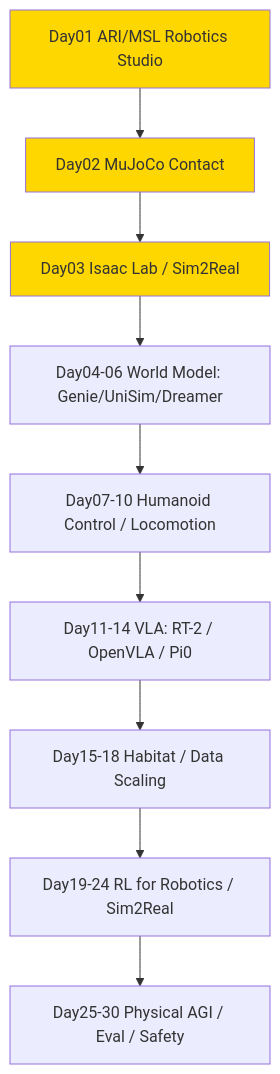
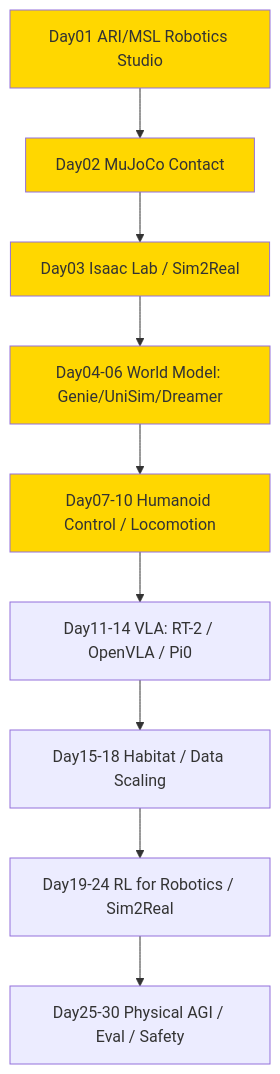
One commit to Papa-Panda/post-training changed the diagram in physical-ai/README.md. Above: the diagram before and after it, drawn with Mermaid. The commit also changed other lines of this file and 2 other files, not shown here.

````diff
--- a/physical-ai/README.md
+++ b/physical-ai/README.md
@@ -25,14 +25,16 @@
 ```mermaid
 graph TD
   A[Day01 ARI/MSL Robotics Studio] --> B[Day02 MuJoCo Contact]
   B --> C[Day03 Isaac Lab / Sim2Real]
   C --> D[Day04-06 World Model: Genie/UniSim/Dreamer]
   D --> E[Day07-10 Humanoid Control / Locomotion]
   E --> F[Day11-14 VLA: RT-2 / OpenVLA / Pi0]
   F --> G[Day15-18 Habitat / Data Scaling]
   G --> H[Day19-24 RL for Robotics / Sim2Real]
   H --> I[Day25-30 Physical AGI / Eval / Safety]
   style A fill:#ffd700
   style B fill:#ffd700
   style C fill:#ffd700
+  style D fill:#ffd700
+  style E fill:#ffd700
 ```
````
